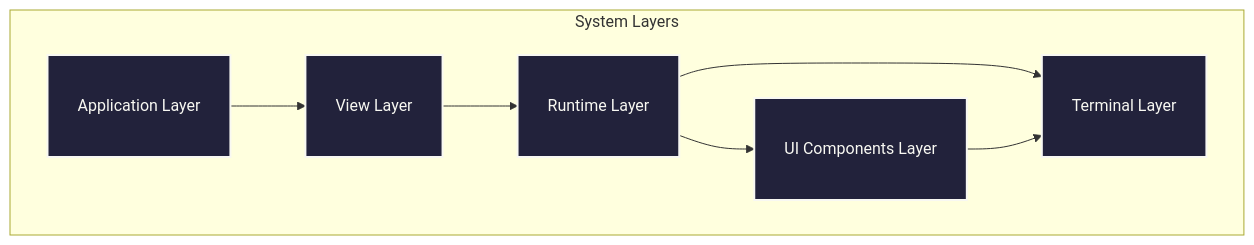
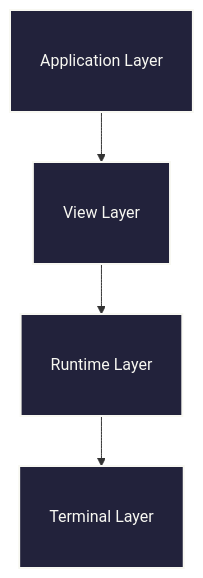
The first of 6 diagrams in docs/ARCHITECTURE.md (Hydepwns/raxol), drawn with Mermaid before and after one commit. The commit also changed other lines of this file and 2 other files, not shown here.

````diff
--- a/docs/ARCHITECTURE.md
+++ b/docs/ARCHITECTURE.md
@@ -16,19 +16,14 @@
 ```mermaid
 graph TB
-    subgraph Layers["System Layers"]
-        App[Application Layer]
-        View[View Layer]
-        Runtime[Runtime Layer]
-        Terminal[Terminal Layer]
-        UI[UI Components Layer]
-    end
+    App[Application Layer]
+    View[View Layer]
+    Runtime[Runtime Layer]
+    Terminal[Terminal Layer]
 
     App --> View
     View --> Runtime
     Runtime --> Terminal
-    Runtime --> UI
-    UI --> Terminal
 
     classDef layer fill:#22223b,stroke:#f8f8f2,stroke-width:2px,color:#f8f8f2,font-size:16px,padding:8px;
-    class App,View,Runtime,Terminal,UI layer;
+    class App,View,Runtime,Terminal layer;
 ```
````
